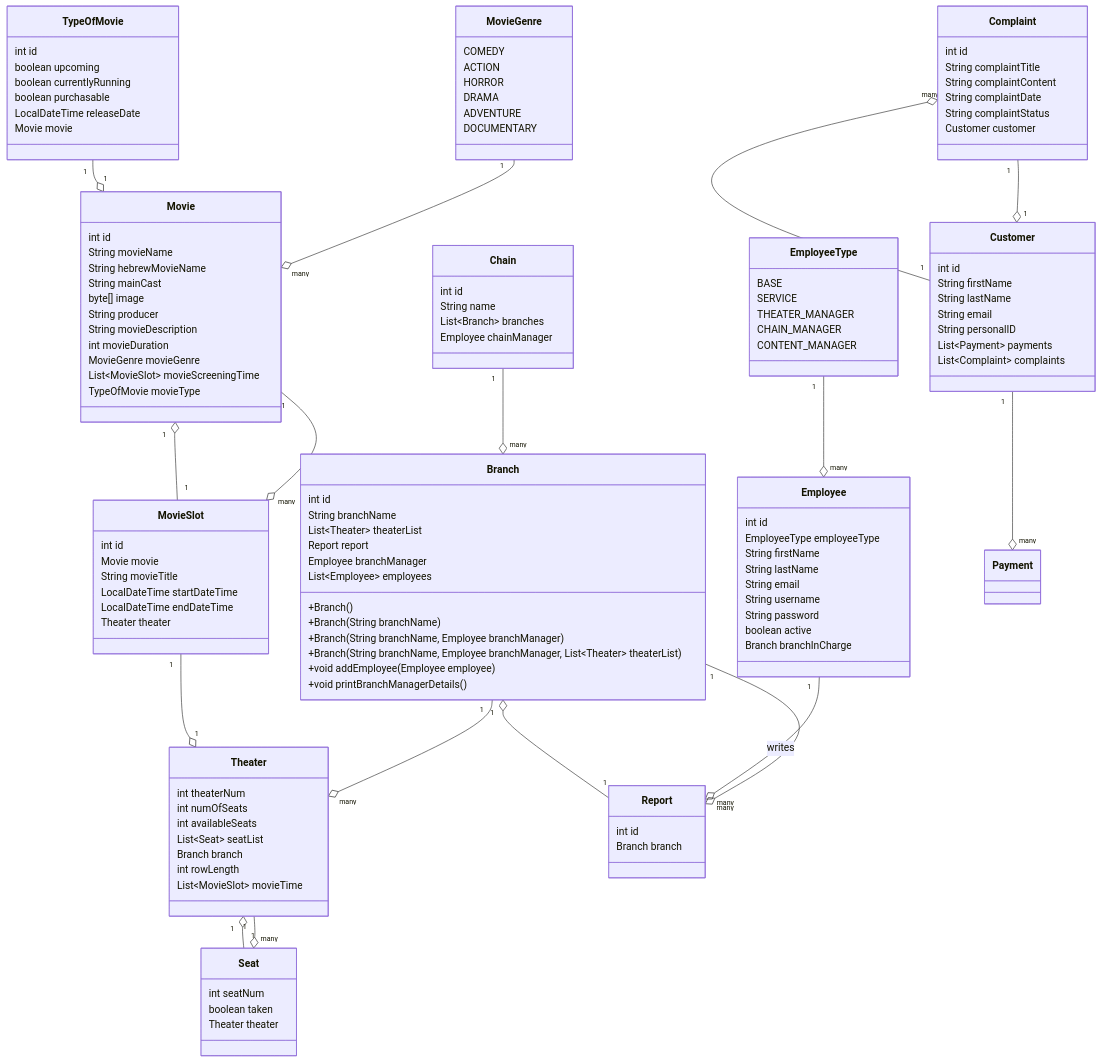
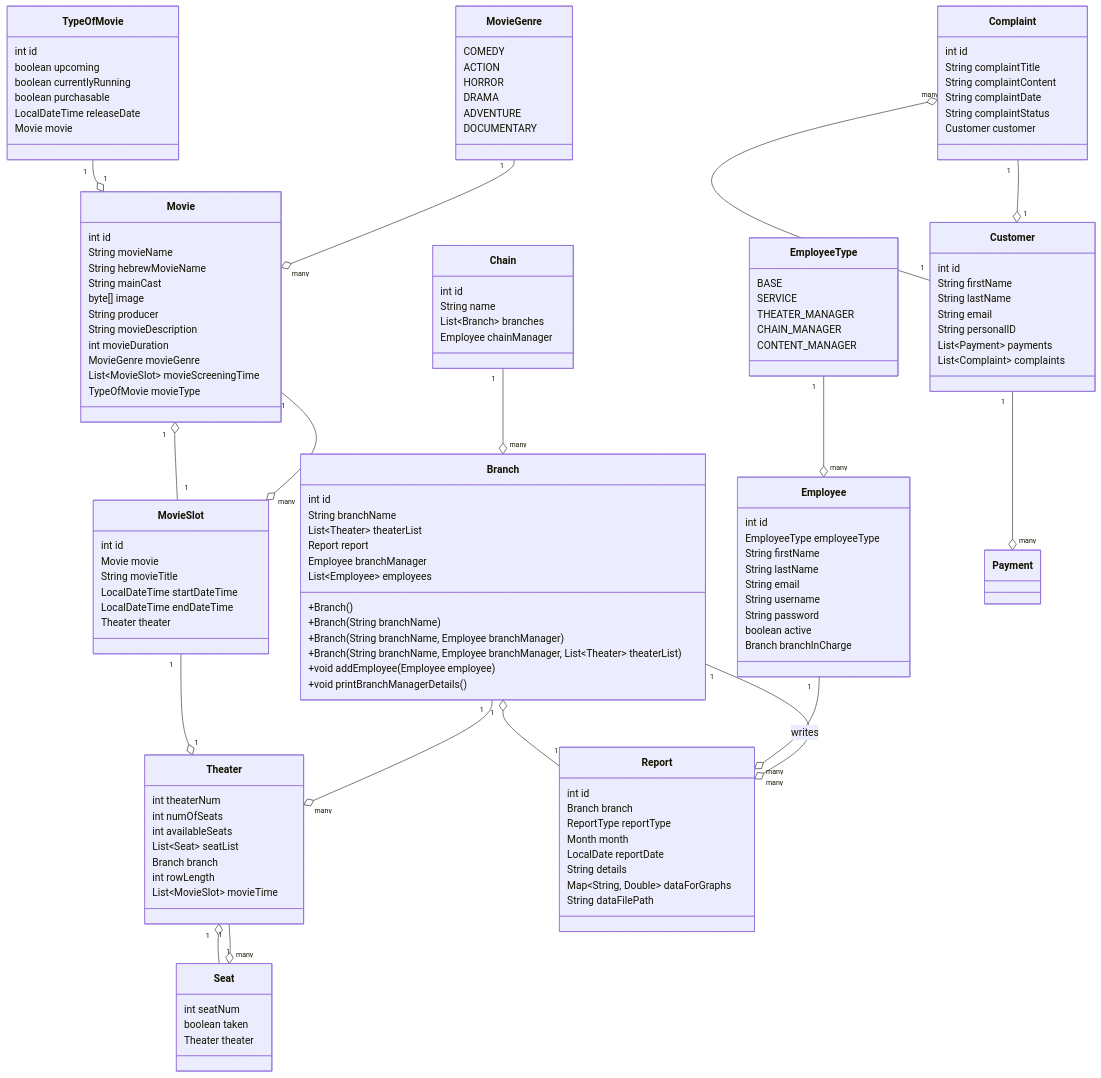
One commit to evya1/software_design_project changed the first of 2 diagrams in doc/ENTITY_OVERVIEW.md. Above: the diagram before and after it, drawn with Mermaid.

Commit message:
docs: Update ENTITY_OVERVIEW.md to reflect enhanced Report class

```diff
--- a/doc/ENTITY_OVERVIEW.md
+++ b/doc/ENTITY_OVERVIEW.md
@@ -101,6 +101,12 @@
   class Report {
     int id
     Branch branch
+    ReportType reportType
+    Month month
+    LocalDate reportDate
+    String details
+    Map~String, Double~ dataForGraphs
+    String dataFilePath
   }
   class Customer {
     int id
```
